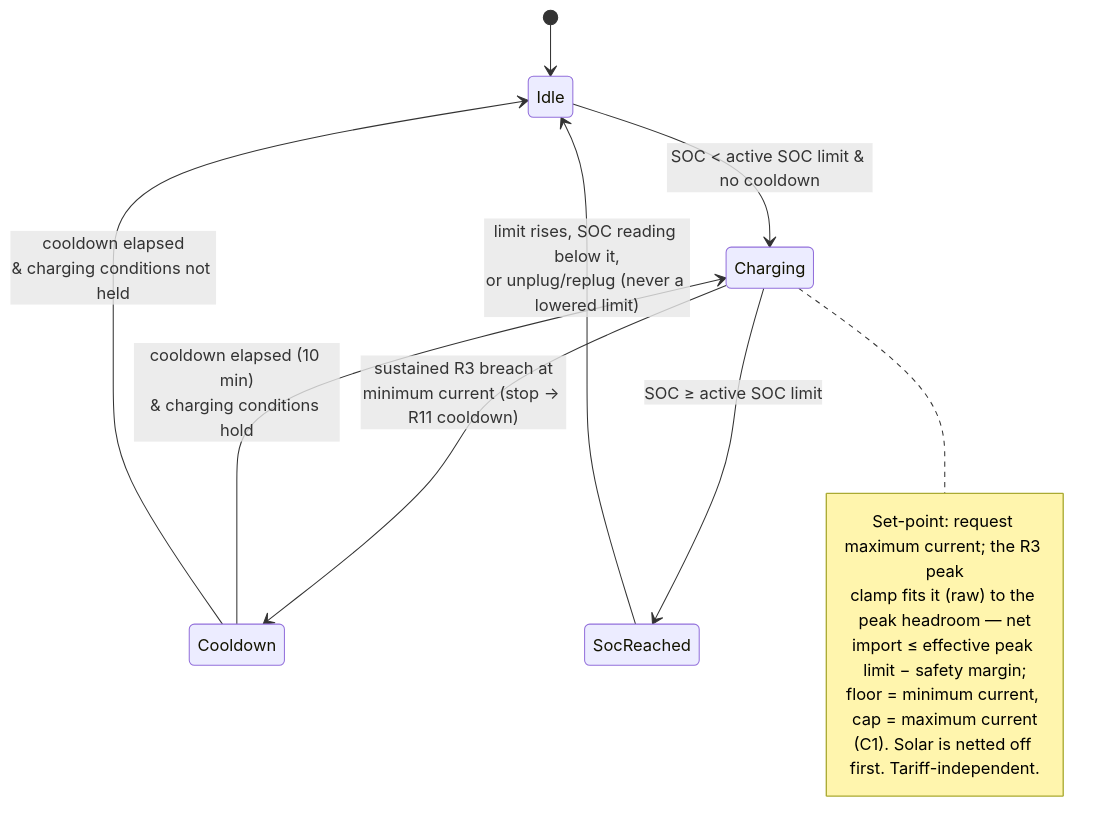
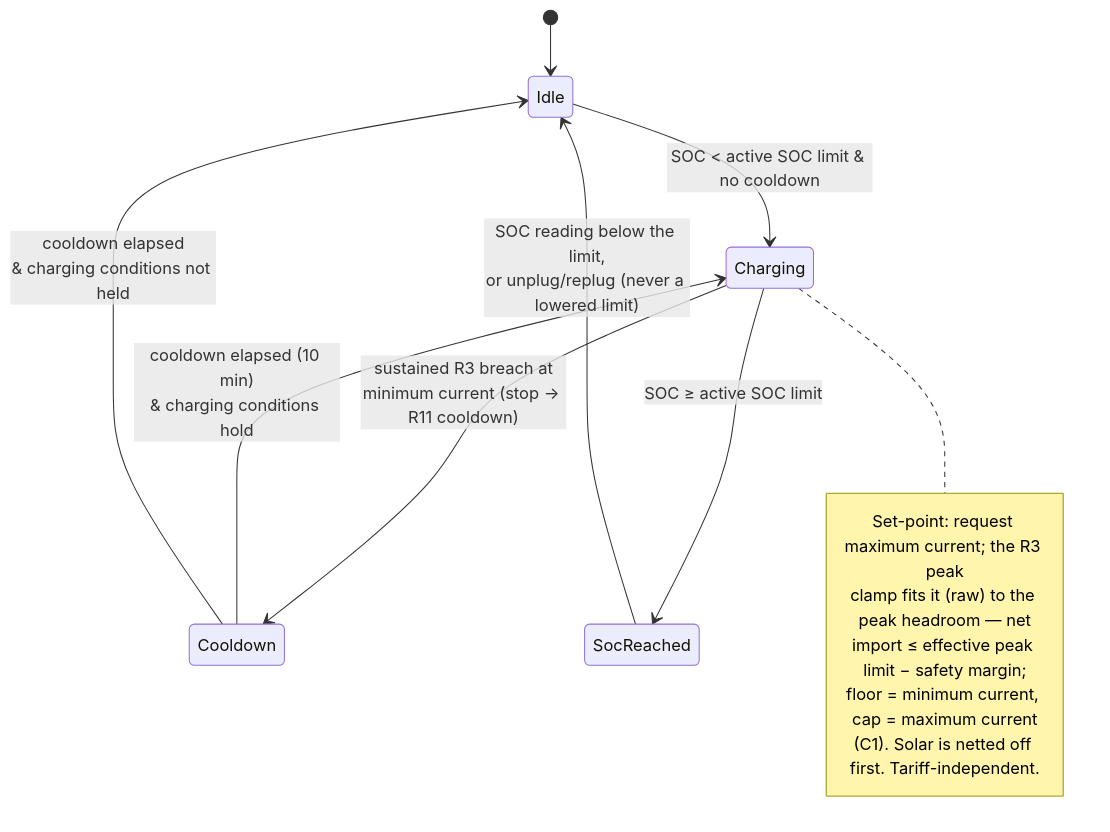
Before and after one commit to kristofdegrave/homeassistant-smart-charging: the diagram in docs/analysis/use-cases/UC03-charge-from-grid-within-captar-limit.md, drawn with Mermaid. The commit also changed other lines of this file and 4 other files, not shown here.

````diff
--- a/docs/analysis/use-cases/UC03-charge-from-grid-within-captar-limit.md
+++ b/docs/analysis/use-cases/UC03-charge-from-grid-within-captar-limit.md
@@ -118,17 +118,17 @@
 ```mermaid
 stateDiagram-v2
     [*] --> Idle
     Idle --> Charging: SOC < active SOC limit & no cooldown
     Charging --> Cooldown: sustained R3 breach at<br/>minimum current (stop → R11 cooldown)
     Charging --> SocReached: SOC ≥ active SOC limit
     Cooldown --> Charging: cooldown elapsed (10 min)<br/>& charging conditions hold
     Cooldown --> Idle: cooldown elapsed<br/>& charging conditions not held
-    SocReached --> Idle: limit rises, SOC reading below it,<br/>or unplug/replug (never a lowered limit)
+    SocReached --> Idle: SOC reading below the limit,<br/>or unplug/replug (never a lowered limit)
     note right of Charging
         Set-point: request maximum current; the R3 peak
         clamp fits it (raw) to the peak headroom — net
         import ≤ effective peak limit − safety margin;
         floor = minimum current, cap = maximum current
         (C1). Solar is netted off first. Tariff-independent.
     end note
 ```
````
